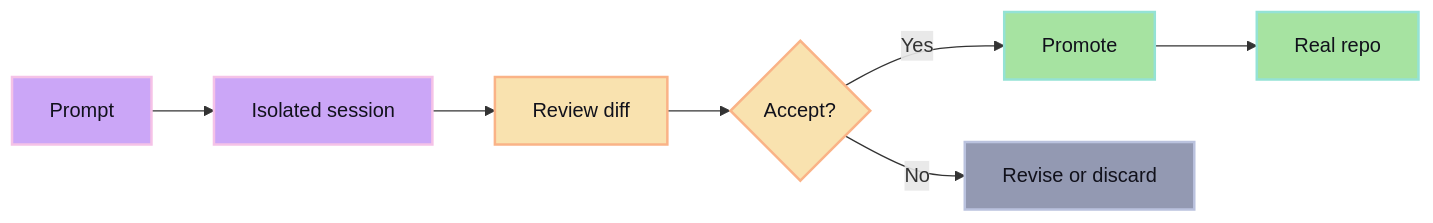
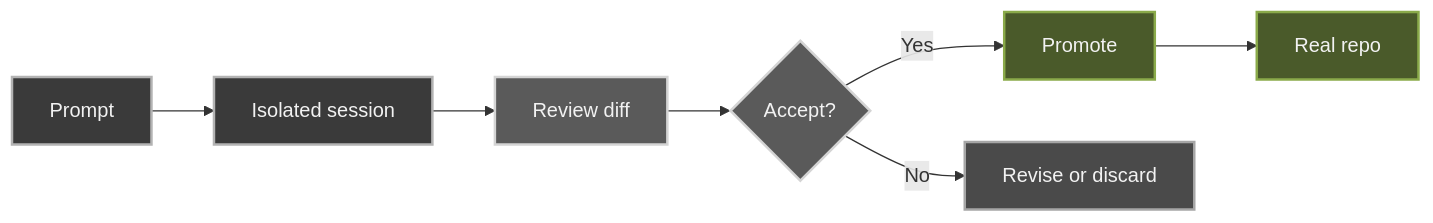
One commit to cloudboy-jh/glib-code-docs changed the second of 2 diagrams in src/content/docs/why.md. Above: the diagram before and after it, drawn with Mermaid. The commit also changed other lines of this file and 15 other files, not shown here.

````diff
--- a/src/content/docs/why.md
+++ b/src/content/docs/why.md
@@ -38,19 +38,19 @@
 ```mermaid
 flowchart LR
   Prompt["Prompt"] --> Session["Isolated session"]
   Session --> Diff["Review diff"]
   Diff --> Decision{"Accept?"}
   Decision -->|Yes| Promote["Promote"]
   Decision -->|No| Revise["Revise or discard"]
   Promote --> Repo["Real repo"]
 
-  classDef core fill:#cba6f7,stroke:#f5c2e7,color:#11111b,stroke-width:2px
-  classDef review fill:#f9e2af,stroke:#fab387,color:#11111b,stroke-width:2px
-  classDef safe fill:#a6e3a1,stroke:#94e2d5,color:#11111b,stroke-width:2px
-  classDef discard fill:#9399b2,stroke:#bac2de,color:#11111b,stroke-width:2px
+  classDef core fill:#3a3a3a,stroke:#b3b3b3,color:#f2f2f2,stroke-width:2px
+  classDef review fill:#5a5a5a,stroke:#d4d4d4,color:#f2f2f2,stroke-width:2px
+  classDef safe fill:#4a5a2a,stroke:#8aaa4a,color:#f2f2f2,stroke-width:2px
+  classDef discard fill:#4a4a4a,stroke:#a6a6a6,color:#f2f2f2,stroke-width:2px
 
   class Prompt,Session core
   class Diff,Decision review
   class Promote,Repo safe
   class Revise discard
 ```
````
